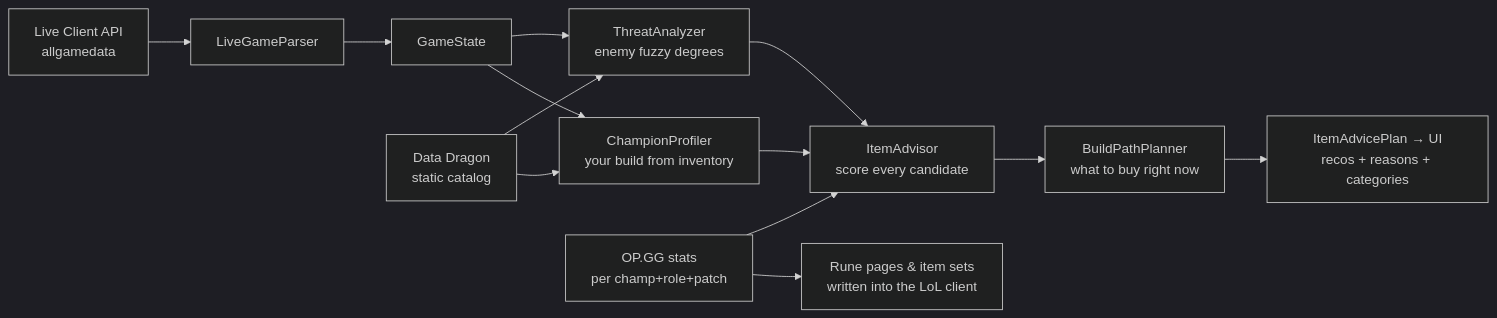
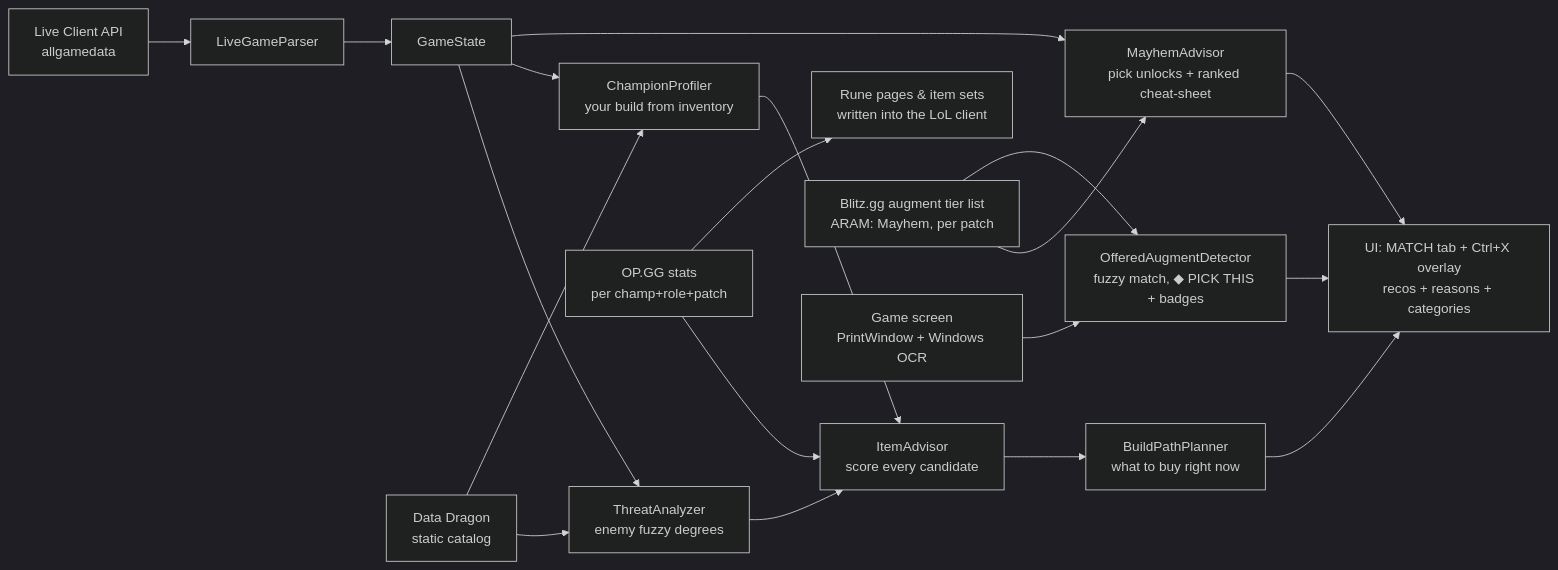
Before and after one commit to Danielxpj/Paradox-LoL-Companion: the diagram in README.md, drawn with Mermaid (dark theme).

Commit message:
docs: add the Blitz/Mayhem/OCR path to the data-flow diagram

````diff
--- a/README.md
+++ b/README.md
@@ -145,15 +145,21 @@
 ```mermaid
 flowchart LR
     A[Live Client API<br/>allgamedata] --> P[LiveGameParser]
     P --> GS[GameState]
     DD[Data Dragon<br/>static catalog] --> TA
     DD --> CP
     GS --> TA[ThreatAnalyzer<br/>enemy fuzzy degrees]
     GS --> CP[ChampionProfiler<br/>your build from inventory]
     OP[OP.GG stats<br/>per champ+role+patch] --> IA
     TA --> IA[ItemAdvisor<br/>score every candidate]
     CP --> IA
     IA --> BP[BuildPathPlanner<br/>what to buy right now]
-    BP --> UI[ItemAdvicePlan → UI<br/>recos + reasons + categories]
+    BP --> UI[UI: MATCH tab + Ctrl+X overlay<br/>recos + reasons + categories]
     OP --> RW[Rune pages & item sets<br/>written into the LoL client]
+    BZ[Blitz.gg augment tier list<br/>ARAM: Mayhem, per patch] --> MA
+    GS --> MA[MayhemAdvisor<br/>pick unlocks + ranked cheat-sheet]
+    SCR[Game screen<br/>PrintWindow + Windows OCR] --> OD
+    BZ --> OD[OfferedAugmentDetector<br/>fuzzy match, ◆ PICK THIS + badges]
+    MA --> UI
+    OD --> UI
 ```
````
